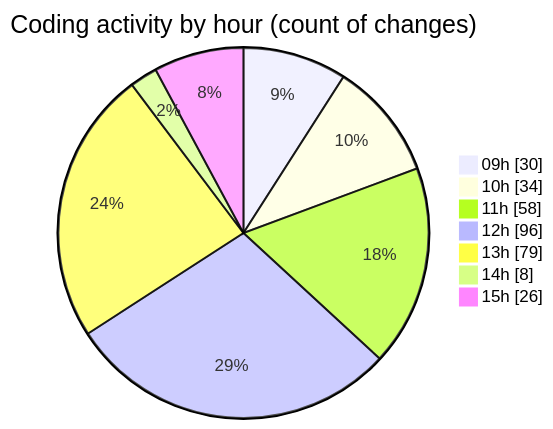
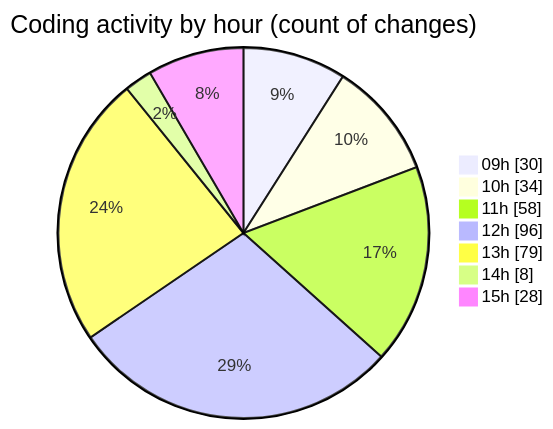
One commit to momahboobian/code-tracking changed the second of 2 diagrams in 2025-04-02/cda/README.md. Above: the diagram before and after it, drawn with Mermaid. The commit also changed other lines of this file and 1 other file, not shown here.

````diff
--- a/2025-04-02/cda/README.md
+++ b/2025-04-02/cda/README.md
@@ -37,11 +38,11 @@
 ```mermaid
 pie showData
 title Coding activity by hour (count of changes)
 "09h" : 30
 "10h" : 34
 "11h" : 58
 "12h" : 96
 "13h" : 79
 "14h" : 8
-"15h" : 26
+"15h" : 28
 ```
````
